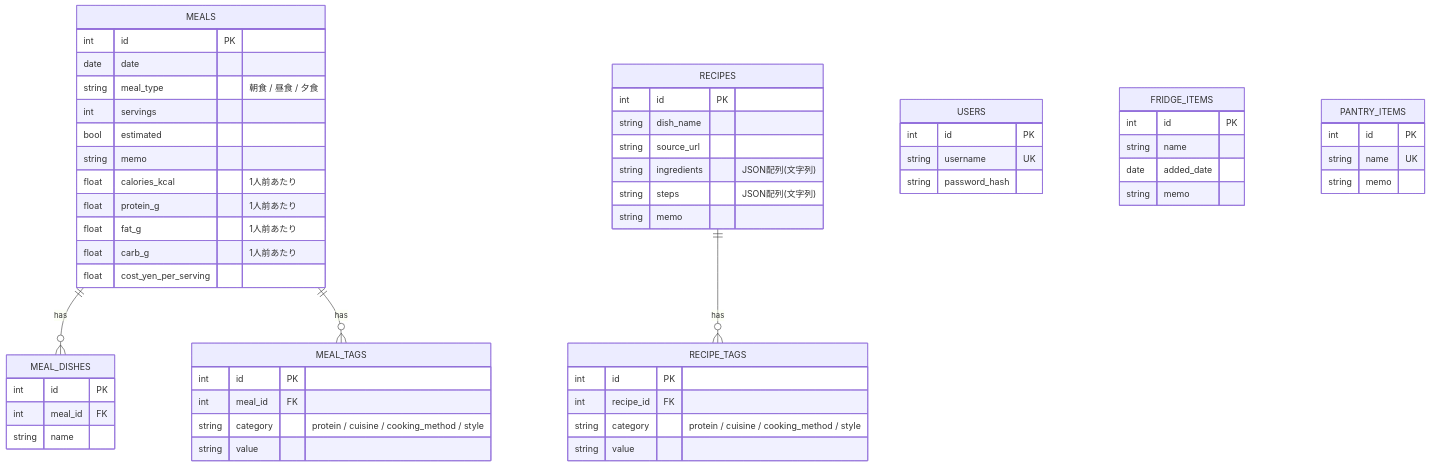
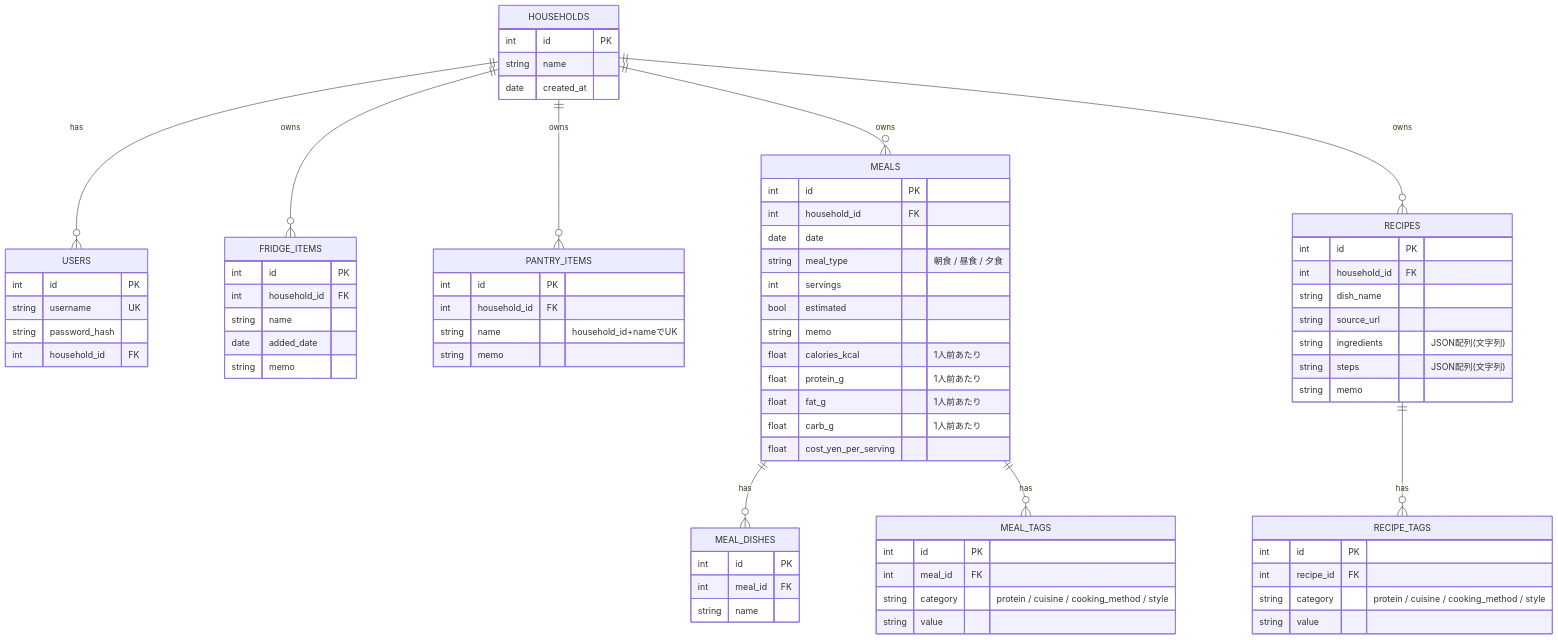
One commit to Kedama515/mogumi changed the diagram in backend/docs/data-model.md. Above: the diagram before and after it, drawn with Mermaid. The commit also changed other lines of this file and 12 other files, not shown here.

````diff
--- a/backend/docs/data-model.md
+++ b/backend/docs/data-model.md
@@ -7,17 +7,30 @@
 ```mermaid
 erDiagram
+    HOUSEHOLDS ||--o{ USERS : "has"
+    HOUSEHOLDS ||--o{ FRIDGE_ITEMS : "owns"
+    HOUSEHOLDS ||--o{ PANTRY_ITEMS : "owns"
+    HOUSEHOLDS ||--o{ MEALS : "owns"
+    HOUSEHOLDS ||--o{ RECIPES : "owns"
     MEALS ||--o{ MEAL_DISHES : "has"
     MEALS ||--o{ MEAL_TAGS : "has"
     RECIPES ||--o{ RECIPE_TAGS : "has"
+
+    HOUSEHOLDS {
+        int id PK
+        string name
+        date created_at
+    }
 
     USERS {
         int id PK
         string username UK
         string password_hash
+        int household_id FK
     }
 
     FRIDGE_ITEMS {
         int id PK
+        int household_id FK
         string name
         date added_date
         string memo
@@ -25,12 +38,14 @@
 
     PANTRY_ITEMS {
         int id PK
-        string name UK
+        int household_id FK
+        string name "household_id+nameでUK"
         string memo
     }
 
     MEALS {
         int id PK
+        int household_id FK
         date date
         string meal_type "朝食 / 昼食 / 夕食"
         int servings
@@ -58,6 +73,7 @@
 
     RECIPES {
         int id PK
+        int household_id FK
         string dish_name
         string source_url
         string ingredients "JSON配列(文字列)"
````
